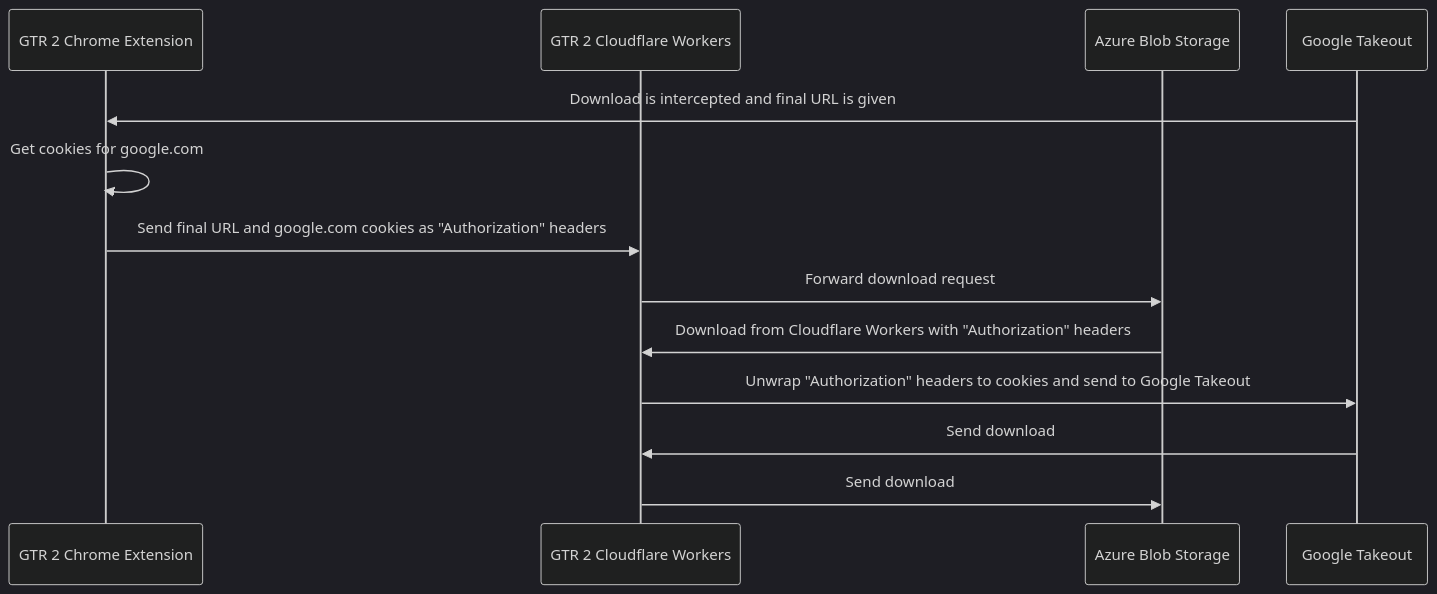
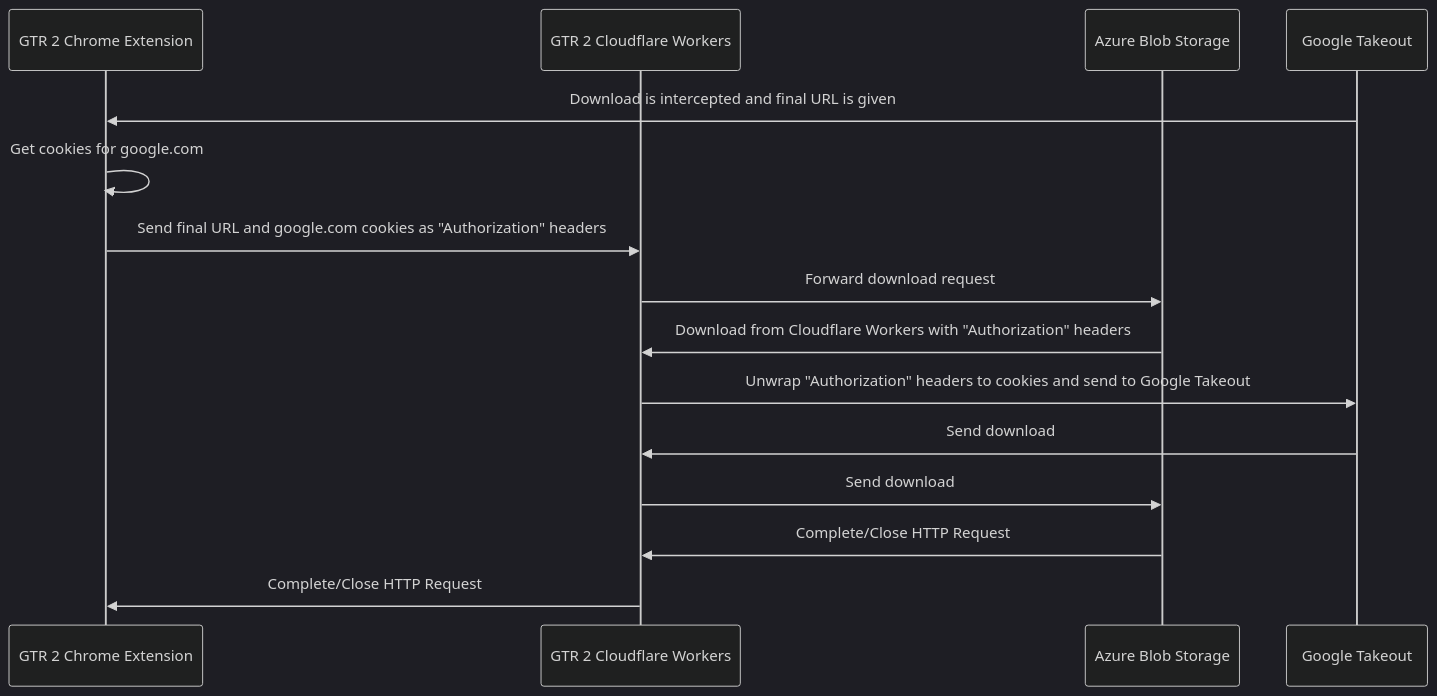
One commit to nelsonjchen/gtr-2-dev-server changed the diagram in README.md. Above: the diagram before and after it, drawn with Mermaid (dark theme). The commit also changed other lines of this file, not shown here.

````diff
--- a/README.md
+++ b/README.md
@@ -13,17 +13,18 @@
 ```mermaid
 sequenceDiagram
     participant ChromeExtension as GTR 2 Chrome Extension
     participant CloudflareWorkers as GTR 2 Cloudflare Workers
     participant AzureBlobStorage as Azure Blob Storage
     participant GoogleTakeout as Google Takeout
 
     GoogleTakeout->>ChromeExtension: Download is intercepted and final URL is given
     ChromeExtension->>ChromeExtension: Get cookies for google.com
     ChromeExtension->>CloudflareWorkers: Send final URL and google.com cookies as "Authorization" headers
     CloudflareWorkers->>AzureBlobStorage: Forward download request
     AzureBlobStorage->>CloudflareWorkers: Download from Cloudflare Workers with "Authorization" headers
     CloudflareWorkers->>GoogleTakeout: Unwrap "Authorization" headers to cookies and send to Google Takeout
     GoogleTakeout->>CloudflareWorkers: Send download
     CloudflareWorkers->>AzureBlobStorage: Send download
-    
+    AzureBlobStorage->>CloudflareWorkers: Complete/Close HTTP Request
+    CloudflareWorkers->>ChromeExtension: Complete/Close HTTP Request
 ```
````
